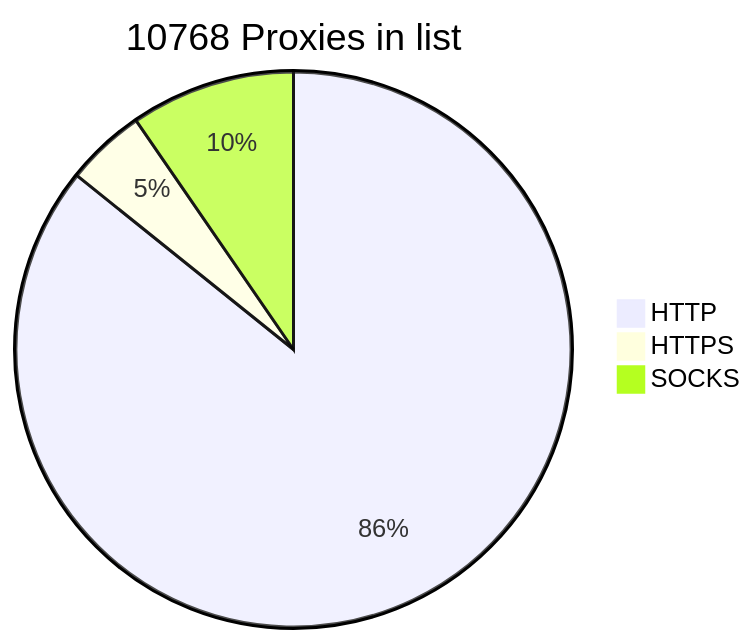
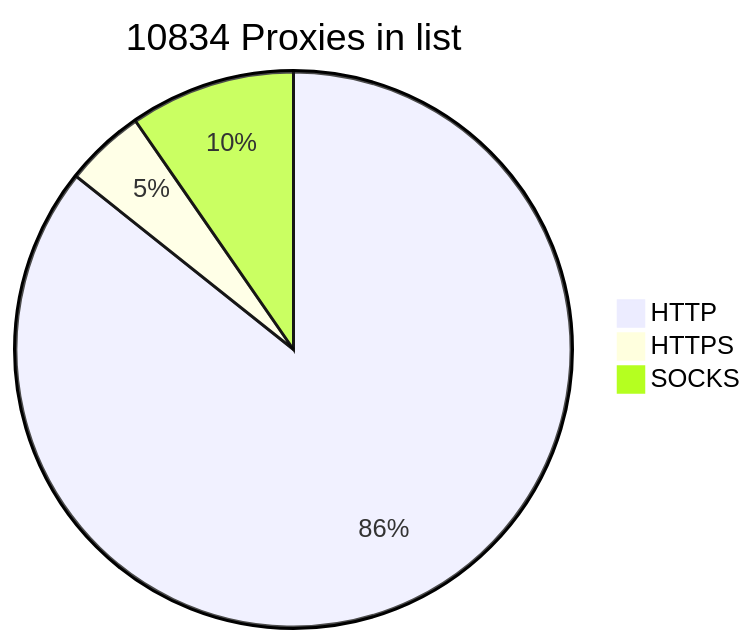
One commit to BlackSnowDot/proxylist-update-every-minute changed the diagram in README.md. Above: the diagram before and after it, drawn with Mermaid. The commit also changed other lines of this file, not shown here.

````diff
--- a/README.md
+++ b/README.md
@@ -2,6 +2,6 @@
 ```mermaid
-pie title 10768 Proxies in list
-    "HTTP" : 9236
-    "HTTPS": 500
-    "SOCKS" : 1032
+pie title 10834 Proxies in list
+    "HTTP" : 9286
+    "HTTPS": 505
+    "SOCKS" : 1043
 ```
````
